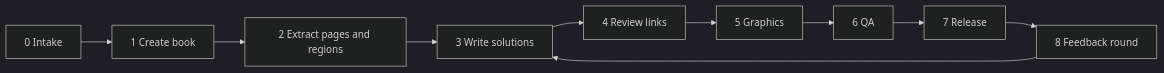
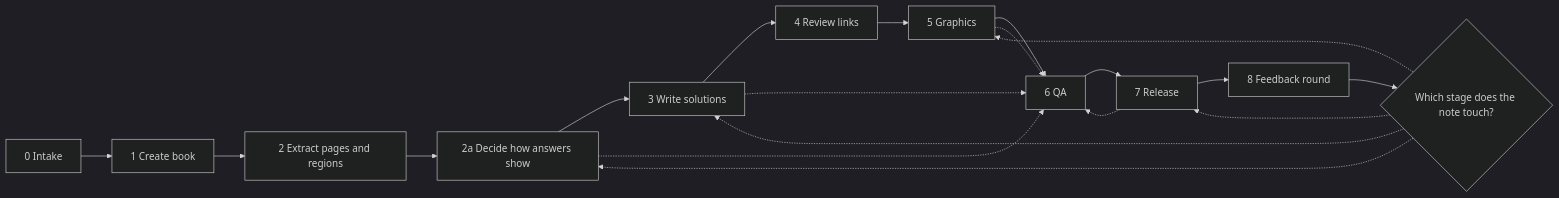
Before and after one commit to Tai-sura/primarymaths-ebooks: the diagram in docs/01-workflow.md, drawn with Mermaid (dark theme). The commit also changed other lines of this file and 1 other file, not shown here.

Commit message:
docs: fix the workflow gaps found by the fresh-eyes pilot (feedback routing, cache and release checks, schemas, undefined terms)

````diff
--- a/docs/01-workflow.md
+++ b/docs/01-workflow.md
@@ -5,12 +22,21 @@
 ```mermaid
 flowchart LR
   intake[0 Intake] --> create[1 Create book]
   create --> extract[2 Extract pages and regions]
-  extract --> solve[3 Write solutions]
+  extract --> mode[2a Decide how answers show]
+  mode --> solve[3 Write solutions]
   solve --> links[4 Review links]
   links --> graphics[5 Graphics]
   graphics --> qa[6 QA]
   qa --> release[7 Release]
   release --> feedback[8 Feedback round]
-  feedback --> solve
+  feedback --> route{Which stage does the note touch?}
+  route -.-> mode
+  route -.-> solve
+  route -.-> graphics
+  route -.-> release
+  mode -.-> qa
+  solve -.-> qa
+  graphics -.-> qa
+  release -.-> qa
 ```
````
